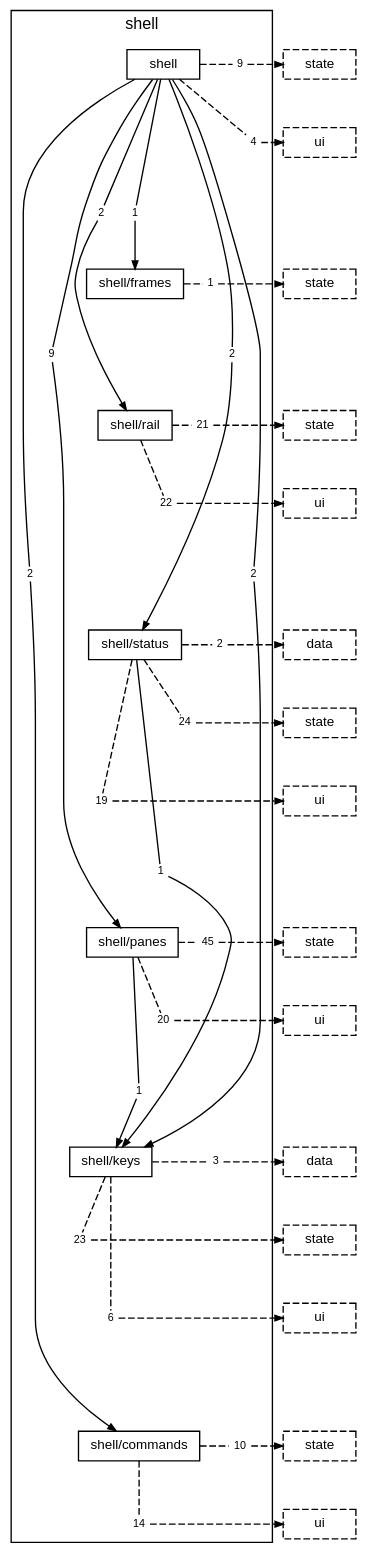
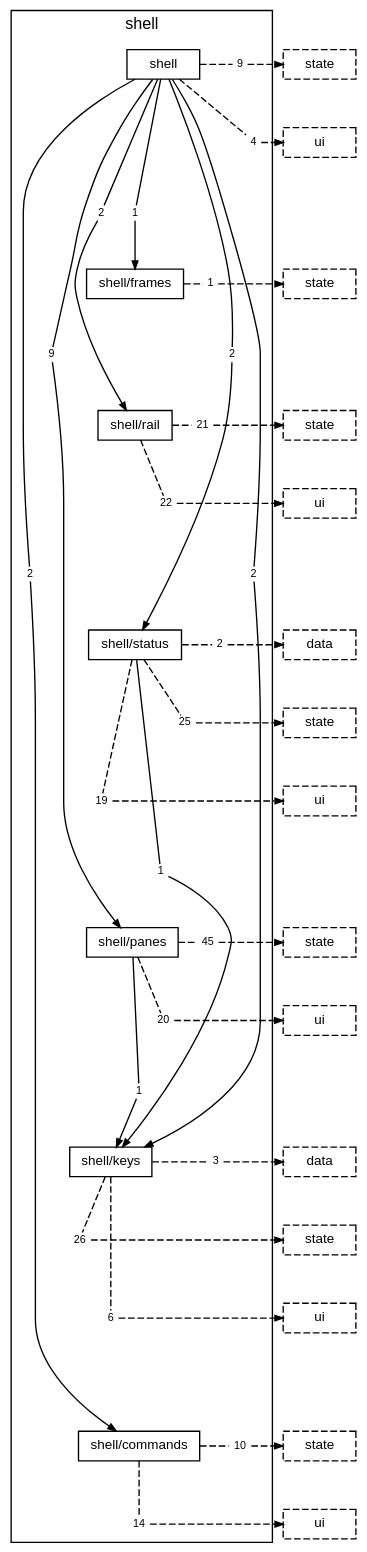
The diagram in docs/diagrams/layer-shell.dot (TheAxeC/oculus), drawn with Graphviz before and after one commit. The commit also changed 106 other files, not shown here.

```diff
--- a/docs/diagrams/layer-shell.dot
+++ b/docs/diagrams/layer-shell.dot
@@ -1,120 +1,120 @@
 digraph layer_shell {
     graph [bgcolor="transparent", rankdir=TB, newrank=true, mclimit=4, fontname="Helvetica,Arial,sans-serif", fontsize=12, nodesep=0.2, ranksep=0.5];
     node [shape=box, color="black", fontcolor="black", fontname="Helvetica,Arial,sans-serif", fontsize=10, height=0.3, margin="0.12,0.04"];
     edge [color="black", fontcolor="black", fontname="Helvetica,Arial,sans-serif", fontsize=8, arrowsize=0.6];
     subgraph "cluster_shell" {
         label="shell"; style=solid;
         "folder shell" [label="shell"];
         "folder shell/frames" [label="shell/frames"];
         "folder shell/rail" [label="shell/rail"];
         "folder shell/status" [label="shell/status"];
         "folder shell/panes" [label="shell/panes"];
         "folder shell/keys" [label="shell/keys"];
         "folder shell/commands" [label="shell/commands"];
         "folder shell to folder shell/commands" [label="2", shape=box, color="transparent", fontsize=8, width=0, height=0, margin="0.04,0.02"];
         "folder shell to folder shell/frames" [label="1", shape=box, color="transparent", fontsize=8, width=0, height=0, margin="0.04,0.02"];
         "folder shell to folder shell/keys" [label="2", shape=box, color="transparent", fontsize=8, width=0, height=0, margin="0.04,0.02"];
         "folder shell to folder shell/panes" [label="9", shape=box, color="transparent", fontsize=8, width=0, height=0, margin="0.04,0.02"];
         "folder shell to folder shell/rail" [label="2", shape=box, color="transparent", fontsize=8, width=0, height=0, margin="0.04,0.02"];
         "folder shell to folder shell/status" [label="2", shape=box, color="transparent", fontsize=8, width=0, height=0, margin="0.04,0.02"];
         "folder shell to layer state" [label="9", shape=box, color="transparent", fontsize=8, width=0, height=0, margin="0.04,0.02"];
         "folder shell to layer ui" [label="4", shape=box, color="transparent", fontsize=8, width=0, height=0, margin="0.04,0.02"];
         "folder shell/frames to layer state" [label="1", shape=box, color="transparent", fontsize=8, width=0, height=0, margin="0.04,0.02"];
         "folder shell/rail to layer state" [label="21", shape=box, color="transparent", fontsize=8, width=0, height=0, margin="0.04,0.02"];
         "folder shell/rail to layer ui" [label="22", shape=box, color="transparent", fontsize=8, width=0, height=0, margin="0.04,0.02"];
         "folder shell/status to folder shell/keys" [label="1", shape=box, color="transparent", fontsize=8, width=0, height=0, margin="0.04,0.02"];
         "folder shell/status to layer data" [label="2", shape=box, color="transparent", fontsize=8, width=0, height=0, margin="0.04,0.02"];
-        "folder shell/status to layer state" [label="24", shape=box, color="transparent", fontsize=8, width=0, height=0, margin="0.04,0.02"];
+        "folder shell/status to layer state" [label="25", shape=box, color="transparent", fontsize=8, width=0, height=0, margin="0.04,0.02"];
         "folder shell/status to layer ui" [label="19", shape=box, color="transparent", fontsize=8, width=0, height=0, margin="0.04,0.02"];
         "folder shell/panes to folder shell/keys" [label="1", shape=box, color="transparent", fontsize=8, width=0, height=0, margin="0.04,0.02"];
         "folder shell/panes to layer state" [label="45", shape=box, color="transparent", fontsize=8, width=0, height=0, margin="0.04,0.02"];
         "folder shell/panes to layer ui" [label="20", shape=box, color="transparent", fontsize=8, width=0, height=0, margin="0.04,0.02"];
         "folder shell/keys to layer data" [label="3", shape=box, color="transparent", fontsize=8, width=0, height=0, margin="0.04,0.02"];
-        "folder shell/keys to layer state" [label="23", shape=box, color="transparent", fontsize=8, width=0, height=0, margin="0.04,0.02"];
+        "folder shell/keys to layer state" [label="26", shape=box, color="transparent", fontsize=8, width=0, height=0, margin="0.04,0.02"];
         "folder shell/keys to layer ui" [label="6", shape=box, color="transparent", fontsize=8, width=0, height=0, margin="0.04,0.02"];
         "folder shell/commands to layer state" [label="10", shape=box, color="transparent", fontsize=8, width=0, height=0, margin="0.04,0.02"];
         "folder shell/commands to layer ui" [label="14", shape=box, color="transparent", fontsize=8, width=0, height=0, margin="0.04,0.02"];
     }
     "layer state from folder shell" [label="state", style=dashed];
     "layer ui from folder shell" [label="ui", style=dashed];
     "layer state from folder shell/frames" [label="state", style=dashed];
     "layer state from folder shell/rail" [label="state", style=dashed];
     "layer ui from folder shell/rail" [label="ui", style=dashed];
     "layer data from folder shell/status" [label="data", style=dashed];
     "layer state from folder shell/status" [label="state", style=dashed];
     "layer ui from folder shell/status" [label="ui", style=dashed];
     "layer state from folder shell/panes" [label="state", style=dashed];
     "layer ui from folder shell/panes" [label="ui", style=dashed];
     "layer data from folder shell/keys" [label="data", style=dashed];
     "layer state from folder shell/keys" [label="state", style=dashed];
     "layer ui from folder shell/keys" [label="ui", style=dashed];
     "layer state from folder shell/commands" [label="state", style=dashed];
     "layer ui from folder shell/commands" [label="ui", style=dashed];
     "folder shell" -> "folder shell/frames" [style=invis, weight=10, minlen=3];
     "folder shell/frames" -> "folder shell/rail" [style=invis, weight=10, minlen=2];
     "folder shell/rail" -> "folder shell/status" [style=invis, weight=10, minlen=3];
     "folder shell/status" -> "folder shell/panes" [style=invis, weight=10, minlen=4];
     "folder shell/panes" -> "folder shell/keys" [style=invis, weight=10, minlen=3];
     "folder shell/keys" -> "folder shell/commands" [style=invis, weight=10, minlen=4];
     "folder shell" -> "folder shell to folder shell/commands" [arrowhead=none, minlen=7, weight=10];
     "folder shell to folder shell/commands" -> "folder shell/commands" [];
     "folder shell" -> "folder shell to folder shell/frames" [arrowhead=none, minlen=2, weight=10];
     "folder shell to folder shell/frames" -> "folder shell/frames" [];
     "folder shell" -> "folder shell to folder shell/keys" [arrowhead=none, minlen=7, weight=10];
     "folder shell to folder shell/keys" -> "folder shell/keys" [];
     "folder shell" -> "folder shell to folder shell/panes" [arrowhead=none, minlen=4, weight=10];
     "folder shell to folder shell/panes" -> "folder shell/panes" [];
     "folder shell" -> "folder shell to folder shell/rail" [arrowhead=none, minlen=2, weight=10];
     "folder shell to folder shell/rail" -> "folder shell/rail" [];
     "folder shell" -> "folder shell to folder shell/status" [arrowhead=none, minlen=4, weight=10];
     "folder shell to folder shell/status" -> "folder shell/status" [];
     "folder shell" -> "folder shell to layer state" [arrowhead=none, style=dashed];
     "folder shell to layer state" -> "layer state from folder shell" [style=dashed];
     { rank=same; "folder shell"; "folder shell to layer state"; "layer state from folder shell"; }
     "folder shell" -> "folder shell to layer ui" [arrowhead=none, style=dashed, minlen=1, weight=10];
     "folder shell to layer ui" -> "layer ui from folder shell" [style=dashed];
     { rank=same; "folder shell to layer ui"; "layer ui from folder shell"; }
     "folder shell/frames" -> "folder shell/frames to layer state" [arrowhead=none, style=dashed];
     "folder shell/frames to layer state" -> "layer state from folder shell/frames" [style=dashed];
     { rank=same; "folder shell/frames"; "folder shell/frames to layer state"; "layer state from folder shell/frames"; }
     "folder shell/rail" -> "folder shell/rail to layer state" [arrowhead=none, style=dashed];
     "folder shell/rail to layer state" -> "layer state from folder shell/rail" [style=dashed];
     { rank=same; "folder shell/rail"; "folder shell/rail to layer state"; "layer state from folder shell/rail"; }
     "folder shell/rail" -> "folder shell/rail to layer ui" [arrowhead=none, style=dashed, minlen=1, weight=10];
     "folder shell/rail to layer ui" -> "layer ui from folder shell/rail" [style=dashed];
     { rank=same; "folder shell/rail to layer ui"; "layer ui from folder shell/rail"; }
     "folder shell/status" -> "folder shell/status to folder shell/keys" [arrowhead=none, minlen=3, weight=10];
     "folder shell/status to folder shell/keys" -> "folder shell/keys" [];
     "folder shell/status" -> "folder shell/status to layer data" [arrowhead=none, style=dashed];
     "folder shell/status to layer data" -> "layer data from folder shell/status" [style=dashed];
     { rank=same; "folder shell/status"; "folder shell/status to layer data"; "layer data from folder shell/status"; }
     "folder shell/status" -> "folder shell/status to layer state" [arrowhead=none, style=dashed, minlen=1, weight=10];
     "folder shell/status to layer state" -> "layer state from folder shell/status" [style=dashed];
     { rank=same; "folder shell/status to layer state"; "layer state from folder shell/status"; }
     "folder shell/status" -> "folder shell/status to layer ui" [arrowhead=none, style=dashed, minlen=2, weight=10];
     "folder shell/status to layer ui" -> "layer ui from folder shell/status" [style=dashed];
     { rank=same; "folder shell/status to layer ui"; "layer ui from folder shell/status"; }
     "folder shell/panes" -> "folder shell/panes to folder shell/keys" [arrowhead=none, minlen=2, weight=10];
     "folder shell/panes to folder shell/keys" -> "folder shell/keys" [];
     "folder shell/panes" -> "folder shell/panes to layer state" [arrowhead=none, style=dashed];
     "folder shell/panes to layer state" -> "layer state from folder shell/panes" [style=dashed];
     { rank=same; "folder shell/panes"; "folder shell/panes to layer state"; "layer state from folder shell/panes"; }
     "folder shell/panes" -> "folder shell/panes to layer ui" [arrowhead=none, style=dashed, minlen=1, weight=10];
     "folder shell/panes to layer ui" -> "layer ui from folder shell/panes" [style=dashed];
     { rank=same; "folder shell/panes to layer ui"; "layer ui from folder shell/panes"; }
     "folder shell/keys" -> "folder shell/keys to layer data" [arrowhead=none, style=dashed];
     "folder shell/keys to layer data" -> "layer data from folder shell/keys" [style=dashed];
     { rank=same; "folder shell/keys"; "folder shell/keys to layer data"; "layer data from folder shell/keys"; }
     "folder shell/keys" -> "folder shell/keys to layer state" [arrowhead=none, style=dashed, minlen=1, weight=10];
     "folder shell/keys to layer state" -> "layer state from folder shell/keys" [style=dashed];
     { rank=same; "folder shell/keys to layer state"; "layer state from folder shell/keys"; }
     "folder shell/keys" -> "folder shell/keys to layer ui" [arrowhead=none, style=dashed, minlen=2, weight=10];
     "folder shell/keys to layer ui" -> "layer ui from folder shell/keys" [style=dashed];
     { rank=same; "folder shell/keys to layer ui"; "layer ui from folder shell/keys"; }
     "folder shell/commands" -> "folder shell/commands to layer state" [arrowhead=none, style=dashed];
     "folder shell/commands to layer state" -> "layer state from folder shell/commands" [style=dashed];
     { rank=same; "folder shell/commands"; "folder shell/commands to layer state"; "layer state from folder shell/commands"; }
     "folder shell/commands" -> "folder shell/commands to layer ui" [arrowhead=none, style=dashed, minlen=1, weight=10];
     "folder shell/commands to layer ui" -> "layer ui from folder shell/commands" [style=dashed];
     { rank=same; "folder shell/commands to layer ui"; "layer ui from folder shell/commands"; }
 }
```
